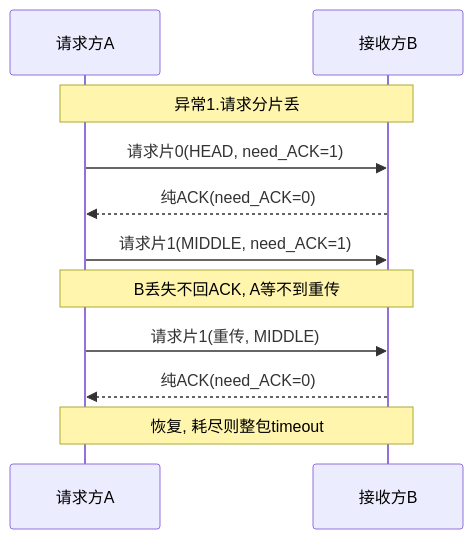
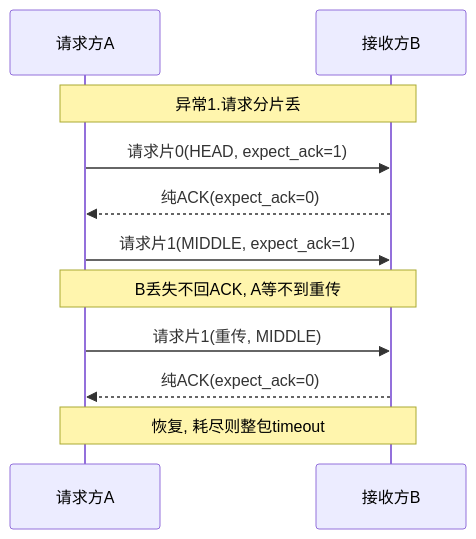
Before and after one commit to Siaiai/ObsidianNote: the eighth of 14 diagrams in 工作/项目/代码/260401S3分拣面板-SIA-R9000P.md, drawn with Mermaid. The commit also changed other lines of this file and 1 other file, not shown here.

````diff
--- a/工作/项目/代码/260401S3分拣面板-SIA-R9000P.md
+++ b/工作/项目/代码/260401S3分拣面板-SIA-R9000P.md
@@ -175,13 +190,13 @@
 ```mermaid
 sequenceDiagram
     participant A as 请求方A
     participant B as 接收方B
     Note over A,B: 异常1.请求分片丢
-    A->>B: 请求片0(HEAD, need_ACK=1)
-    B-->>A: 纯ACK(need_ACK=0)
-    A->>B: 请求片1(MIDDLE, need_ACK=1)
+    A->>B: 请求片0(HEAD, expect_ack=1)
+    B-->>A: 纯ACK(expect_ack=0)
+    A->>B: 请求片1(MIDDLE, expect_ack=1)
     Note over A,B: B丢失不回ACK, A等不到重传
     A->>B: 请求片1(重传, MIDDLE)
-    B-->>A: 纯ACK(need_ACK=0)
+    B-->>A: 纯ACK(expect_ack=0)
     Note over A,B: 恢复, 耗尽则整包timeout
 ```
````
